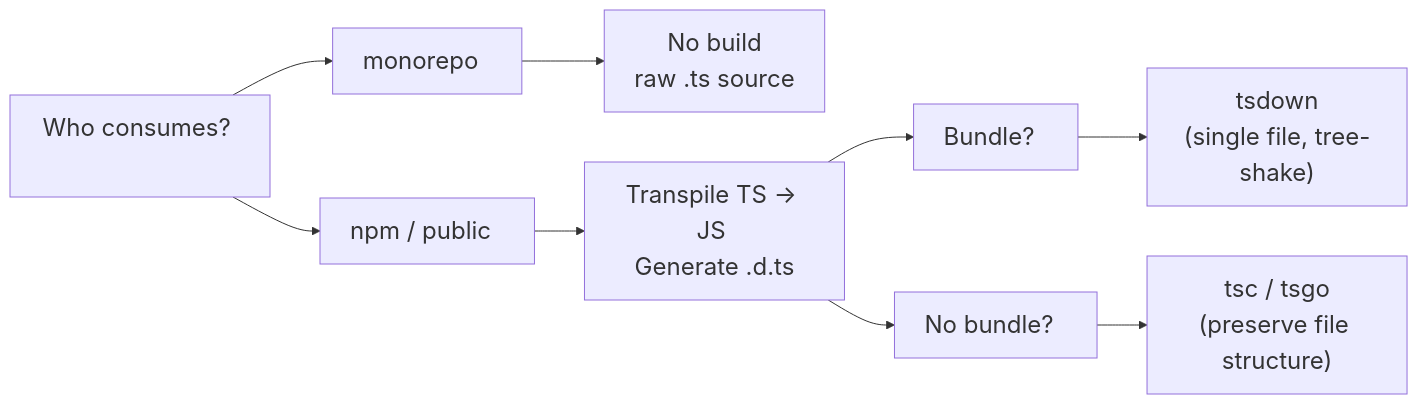
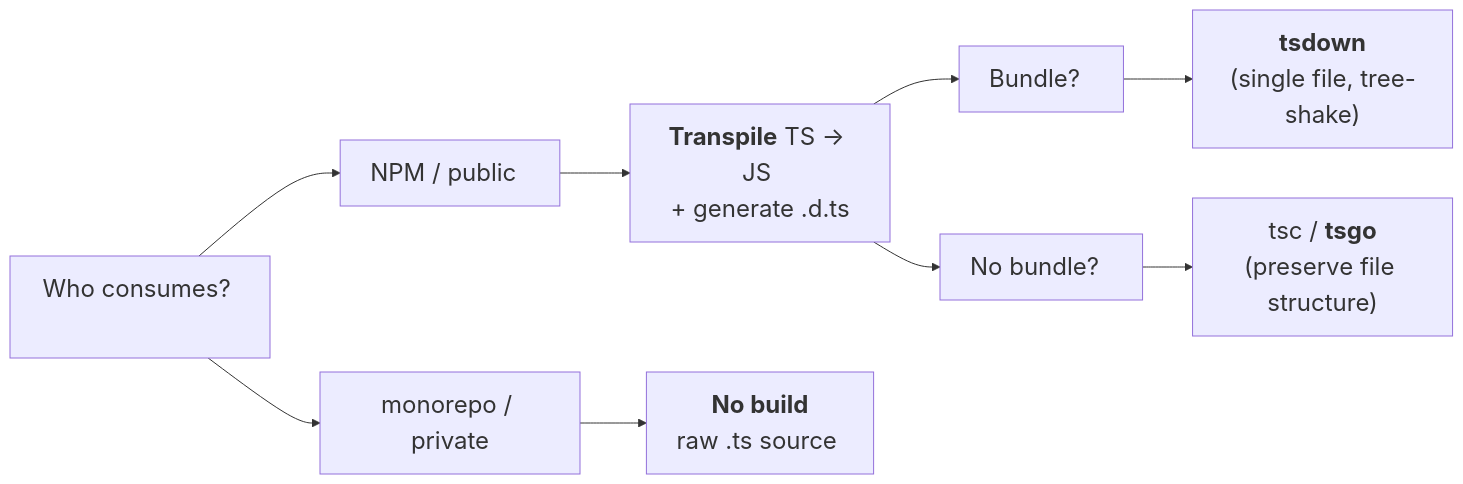
Before and after one commit to franky47/2026-03-10-human-talks-modern-typescript-packaging: the diagram in SLIDES.md, drawn with Mermaid. The commit also changed other lines of this file and 1 other file, not shown here.

````diff
--- a/SLIDES.md
+++ b/SLIDES.md
@@ -114,12 +134,15 @@
 ```mermaid {theme: 'neutral'}
-%%{init: {'themeVariables': {'fontSize': '24px', 'fontFamily': 'Geist, sans-serif'}}}%%
+%%{init: {'themeVariables': {'fontSize': '24px', 'fontFamily': 'Geist, sans-serif' }}}%%
 graph LR
-  A["Who consumes? &nbsp;"] --> B["npm / public &nbsp;"]
-  A --> C["monorepo &nbsp;"]
-  C --> D["No build<br/>raw .ts source"]
-  B --> E["Transpile TS → JS&nbsp;<br/>Generate .d.ts"]
+  A["Who consumes? &nbsp;&nbsp;"] --> B["NPM / public &nbsp;"]
+  B --> E["<strong>Transpile</strong> TS → JS&nbsp;<br/>+ generate .d.ts"]
   E --> F["Bundle? &nbsp;"]
   E --> G["No bundle? &nbsp;"]
-  F --> H["tsdown<br/>(single file, tree-shake)"]
-  G --> I["tsc / tsgo<br/>(preserve file structure)"]
+  F --> H["<strong>tsdown</strong><br/>(single file, tree-shake)"]
+  G --> I["tsc / <strong>tsgo</strong><br/>(preserve file structure)"]
+  A ~~~ _s1[ ] ~~~ _s2[ ]
+  A --> C["monorepo / private"]
+  C --> D["<strong>No build</strong><br/>raw .ts source&nbsp;"]
+  style _s1 fill:none,stroke:none
+  style _s2 fill:none,stroke:none
 ```
````
